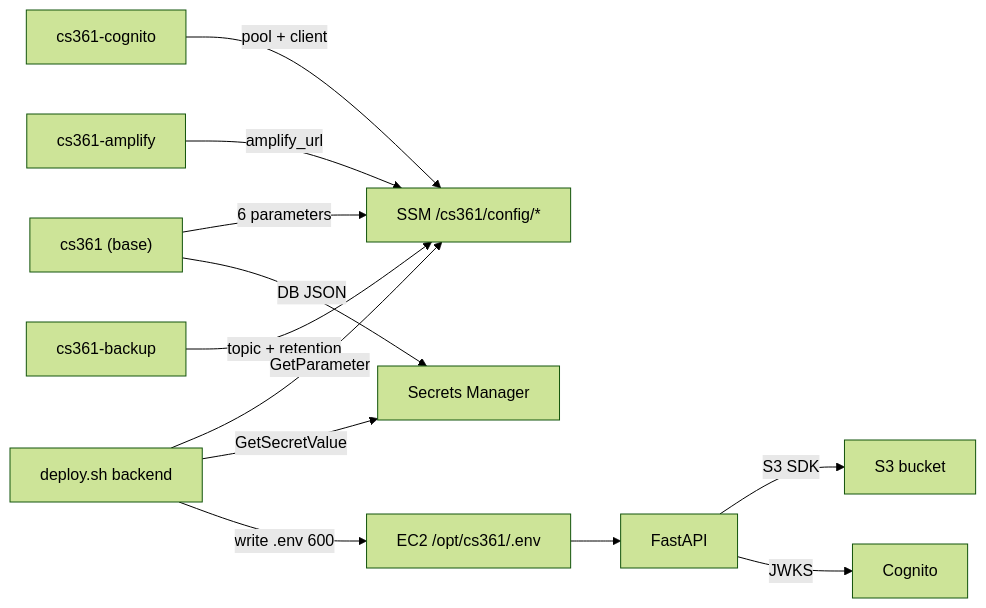
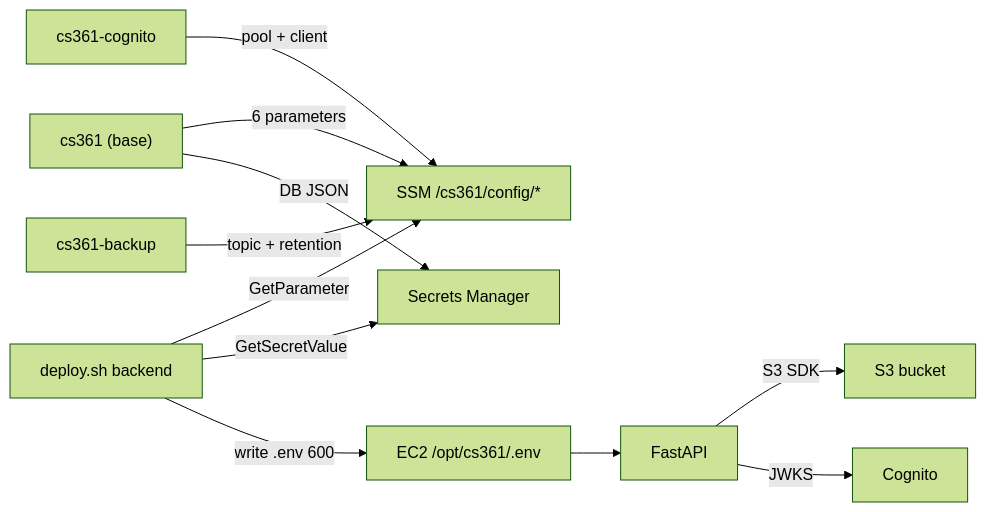
One commit to sirimongkol0/CS361_G650-15 changed the third of 4 diagrams in docs/architecture/v5-architecture.md. Above: the diagram before and after it, drawn with Mermaid (forest theme). The commit also changed other lines of this file and 22 other files, not shown here.

````diff
--- a/docs/architecture/v5-architecture.md
+++ b/docs/architecture/v5-architecture.md
@@ -193,15 +184,14 @@
 ```mermaid
 flowchart LR
   Base["cs361 (base)"] -->|6 parameters| SSM["SSM /cs361/config/*"]
   Base -->|DB JSON| SM["Secrets Manager"]
   Cog["cs361-cognito"] -->|pool + client| SSM
-  Amp["cs361-amplify"] -->|amplify_url| SSM
   Backup["cs361-backup"] -->|topic + retention| SSM
 
   Deploy["deploy.sh backend"] -->|GetParameter| SSM
   Deploy -->|GetSecretValue| SM
   Deploy -->|write .env 600| EC2["EC2 /opt/cs361/.env"]
   EC2 --> API["FastAPI"]
   API -->|S3 SDK| S3["S3 bucket"]
   API -->|JWKS| Pool["Cognito"]
 ```
````
